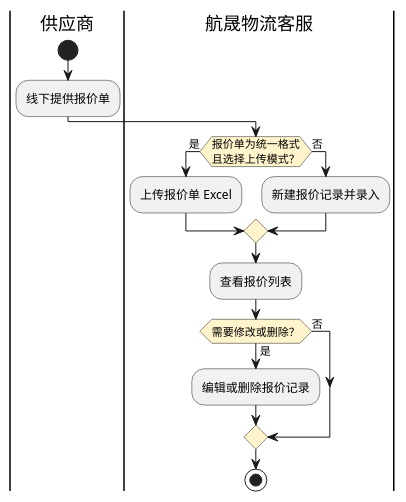
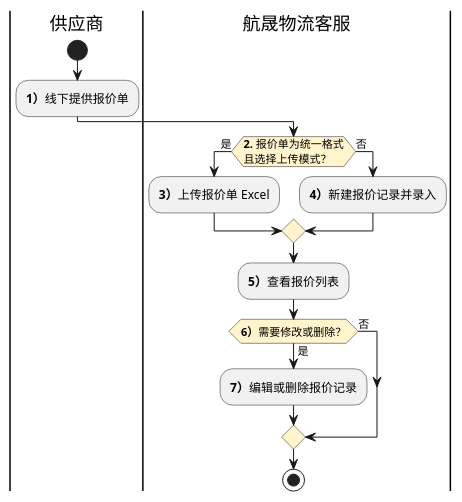
One commit to jack888332/projects-doc changed the first of 2 diagrams in product-caliber/goldjet/segmented-prd/PRD.高捷物流系统一期.第005篇.合作方报价-报价管理.92B1FD526A.md. Above: the diagram before and after it, drawn with PlantUML. The commit also changed other lines of this file and 24 other files, not shown here.

````diff
--- a/product-caliber/goldjet/segmented-prd/PRD.高捷物流系统一期.第005篇.合作方报价-报价管理.92B1FD526A.md
+++ b/product-caliber/goldjet/segmented-prd/PRD.高捷物流系统一期.第005篇.合作方报价-报价管理.92B1FD526A.md
@@ -59,20 +59,20 @@
 ```plantuml
 @startuml goldjet-005-supplier-quote-entry
 skinparam activityDiamondBackgroundColor #FFF4CC
 |供应商|
 start
-:线下提供报价单;
+:**1）**线下提供报价单;
 |航晟物流客服|
-if (报价单为统一格式\n且选择上传模式？) then (是)
-  :上传报价单 Excel;
+if (**2.** 报价单为统一格式\n且选择上传模式？) then (是)
+  :**3）**上传报价单 Excel;
 else (否)
-  :新建报价记录并录入;
+  :**4）**新建报价记录并录入;
 endif
-:查看报价列表;
-if (需要修改或删除？) then (是)
-  :编辑或删除报价记录;
+:**5）**查看报价列表;
+if (**6）**需要修改或删除？) then (是)
+  :**7）**编辑或删除报价记录;
 else (否)
 endif
 stop
 @enduml
 ```
````
